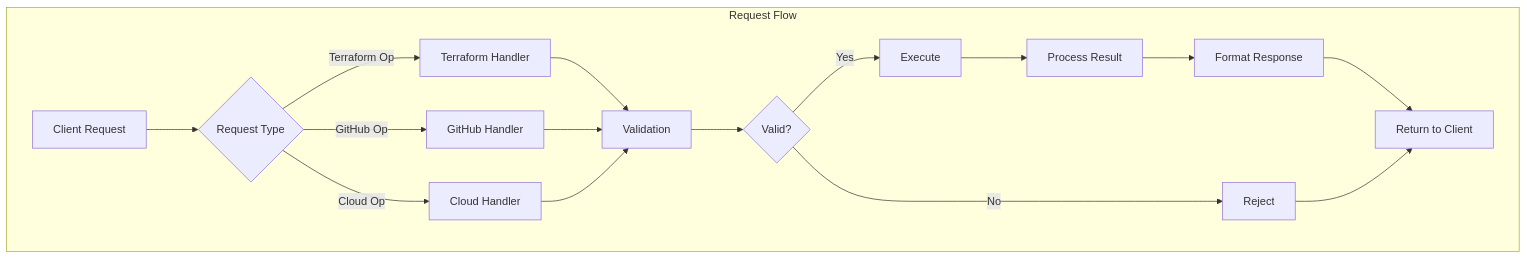
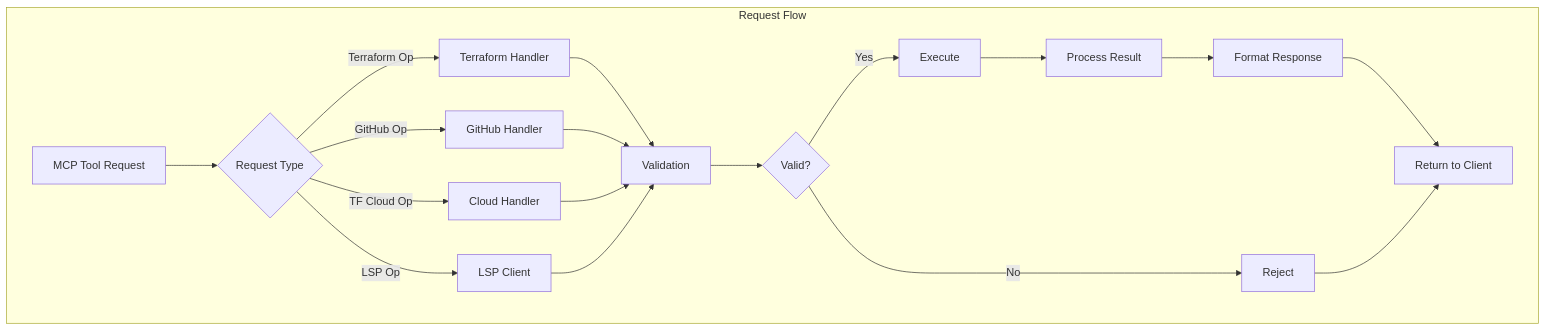
The fifth of 7 diagrams in docs/_architecture/overview.md (aj-geddes/terry-form-mcp), drawn with Mermaid before and after one commit. The commit also changed other lines of this file and 80 other files, not shown here.

````diff
--- a/docs/_architecture/overview.md
+++ b/docs/_architecture/overview.md
@@ -157,22 +152,24 @@
 ```mermaid
 graph TD
     subgraph "Request Flow"
-        A[Client Request] --> B{Request Type}
+        A[MCP Tool Request] --> B{Request Type}
         B -->|Terraform Op| C[Terraform Handler]
         B -->|GitHub Op| D[GitHub Handler]
-        B -->|Cloud Op| E[Cloud Handler]
-        
+        B -->|TF Cloud Op| E[Cloud Handler]
+        B -->|LSP Op| X[LSP Client]
+
         C --> F[Validation]
         D --> F
         E --> F
-        
+        X --> F
+
         F --> G{Valid?}
         G -->|Yes| H[Execute]
         G -->|No| I[Reject]
-        
+
         H --> J[Process Result]
         J --> K[Format Response]
         K --> L[Return to Client]
         I --> L
     end
 ```
````
